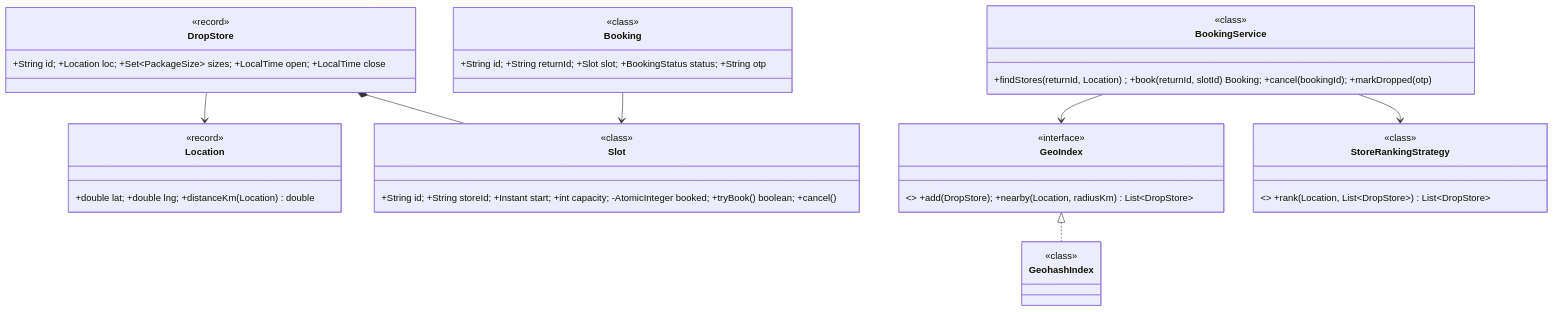
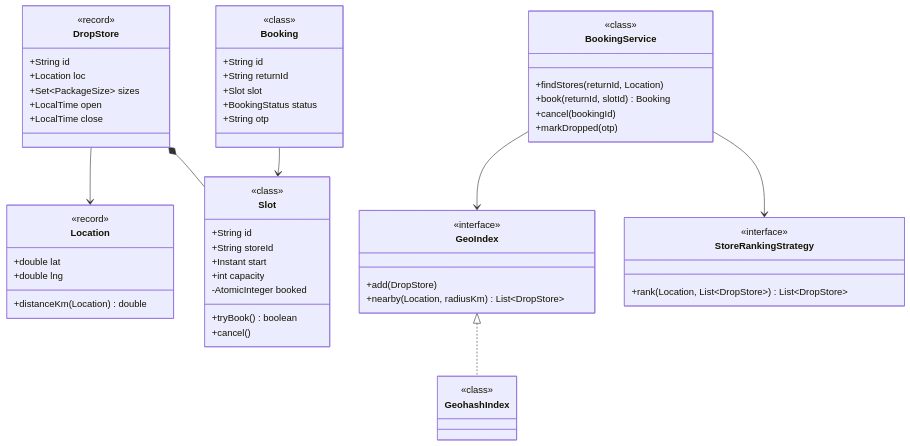
Before and after one commit to amarkum/amarkumar.guru: the first of 2 diagrams in system-design/lld/06-return-drop-store.md, drawn with Mermaid. The commit also changed other lines of this file and 27 other files, not shown here.

````diff
--- a/system-design/lld/06-return-drop-store.md
+++ b/system-design/lld/06-return-drop-store.md
@@ -38,40 +38,76 @@
 ```mermaid
 classDiagram
-    class Location { +double lat; +double lng; +distanceKm(Location) double }
-    class DropStore { +String id; +Location loc; +Set~PackageSize~ sizes; +LocalTime open; +LocalTime close }
-    class Slot { +String id; +String storeId; +Instant start; +int capacity; -AtomicInteger booked; +tryBook() boolean; +cancel() }
-    class Booking { +String id; +String returnId; +Slot slot; +BookingStatus status; +String otp }
-    class GeoIndex { <<interface>> +add(DropStore); +nearby(Location, radiusKm) List~DropStore~ }
+    class Location {
+      +double lat
+      +double lng
+      +distanceKm(Location) double
+    }
+    class DropStore {
+      +String id
+      +Location loc
+      +Set~PackageSize~ sizes
+      +LocalTime open
+      +LocalTime close
+    }
+    class Slot {
+      +String id
+      +String storeId
+      +Instant start
+      +int capacity
+      -AtomicInteger booked
+      +tryBook() boolean
+      +cancel()
+    }
+    class Booking {
+      +String id
+      +String returnId
+      +Slot slot
+      +BookingStatus status
+      +String otp
+    }
+    class GeoIndex {
+      <<interface>>
+      +add(DropStore)
+      +nearby(Location, radiusKm) List~DropStore~
+    }
     class GeohashIndex {
       <<class>>
     }
-    class StoreRankingStrategy { <<interface>> +rank(Location, List~DropStore~) List~DropStore~ }
-    class BookingService { +findStores(returnId, Location) ; +book(returnId, slotId) Booking; +cancel(bookingId); +markDropped(otp) }
+    class StoreRankingStrategy {
+      <<interface>>
+      +rank(Location, List~DropStore~) List~DropStore~
+    }
+    class BookingService {
+      +findStores(returnId, Location)
+      +book(returnId, slotId) Booking
+      +cancel(bookingId)
+      +markDropped(otp)
+    }
     GeoIndex <|.. GeohashIndex
     BookingService --> GeoIndex
     BookingService --> StoreRankingStrategy
     DropStore *-- Slot
     Booking --> Slot
     DropStore --> Location
     class Booking {
       <<class>>
     }
     class Slot {
       <<class>>
     }
     class DropStore {
       <<record>>
     }
     class BookingService {
       <<class>>
     }
     class GeoIndex {
       <<interface>>
     }
     class StoreRankingStrategy {
       <<class>>
     }
     class Location {
       <<record>>
     }
 ```
````
